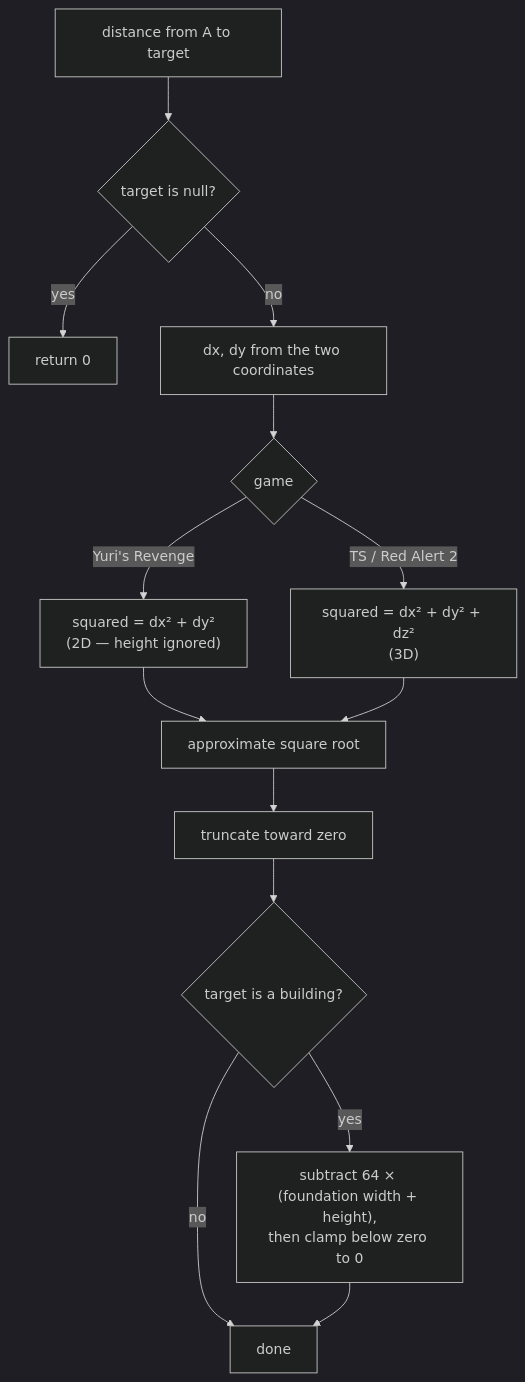
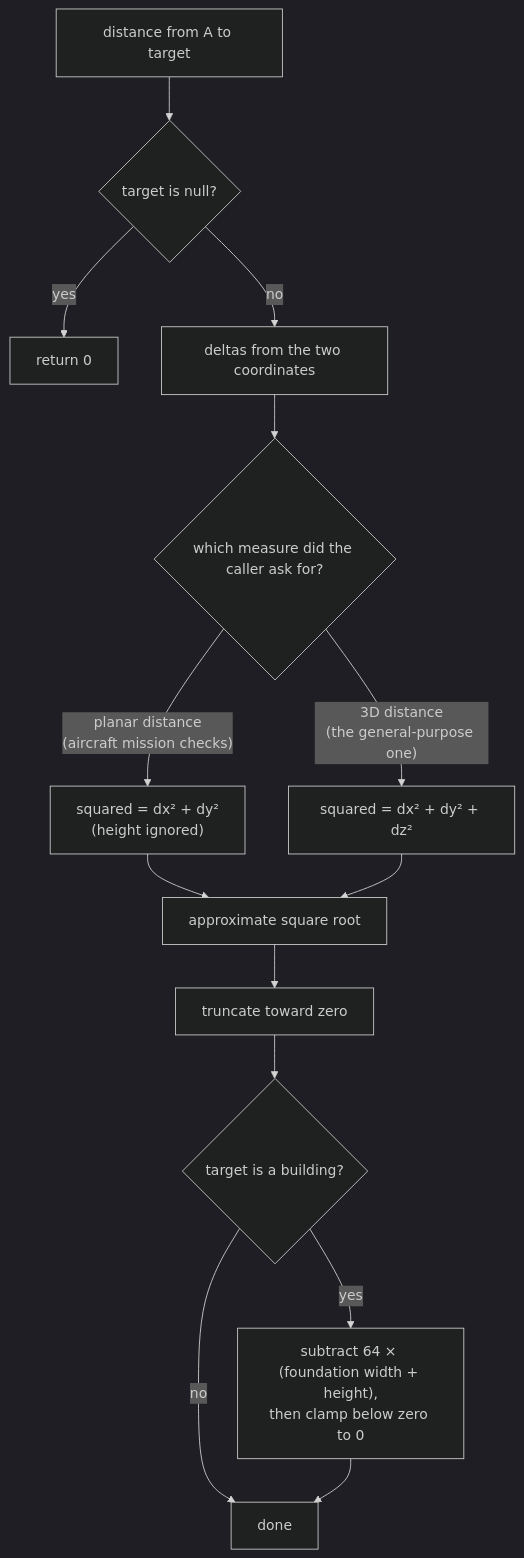
The second of 2 diagrams in website/reference/primitives/coordinate-system.md (DasSheep/reTS), drawn with Mermaid (dark theme) before and after one commit. The commit also changed other lines of this file and 1 other file, not shown here.

````diff
--- a/website/reference/primitives/coordinate-system.md
+++ b/website/reference/primitives/coordinate-system.md
@@ -92,16 +102,16 @@
 ```mermaid
 flowchart TD
   A[distance from A to target] --> B{target is null?}
   B -- yes --> Z[return 0]
-  B -- no --> C[dx, dy from the two coordinates]
-  C --> D{game}
-  D -- "Yuri's Revenge" --> E["squared = dx² + dy²<br/>(2D — height ignored)"]
-  D -- "TS / Red Alert 2" --> F["squared = dx² + dy² + dz²<br/>(3D)"]
+  B -- no --> C[deltas from the two coordinates]
+  C --> D{which measure did the caller ask for?}
+  D -- "3D distance<br/>(the general-purpose one)" --> F["squared = dx² + dy² + dz²"]
+  D -- "planar distance<br/>(aircraft mission checks)" --> E["squared = dx² + dy²<br/>(height ignored)"]
   E --> G[approximate square root]
   F --> G
   G --> H[truncate toward zero]
   H --> I{target is a building?}
   I -- yes --> J["subtract 64 × (foundation width + height),<br/>then clamp below zero to 0"]
   I -- no --> K[done]
   J --> K
 ```
````
